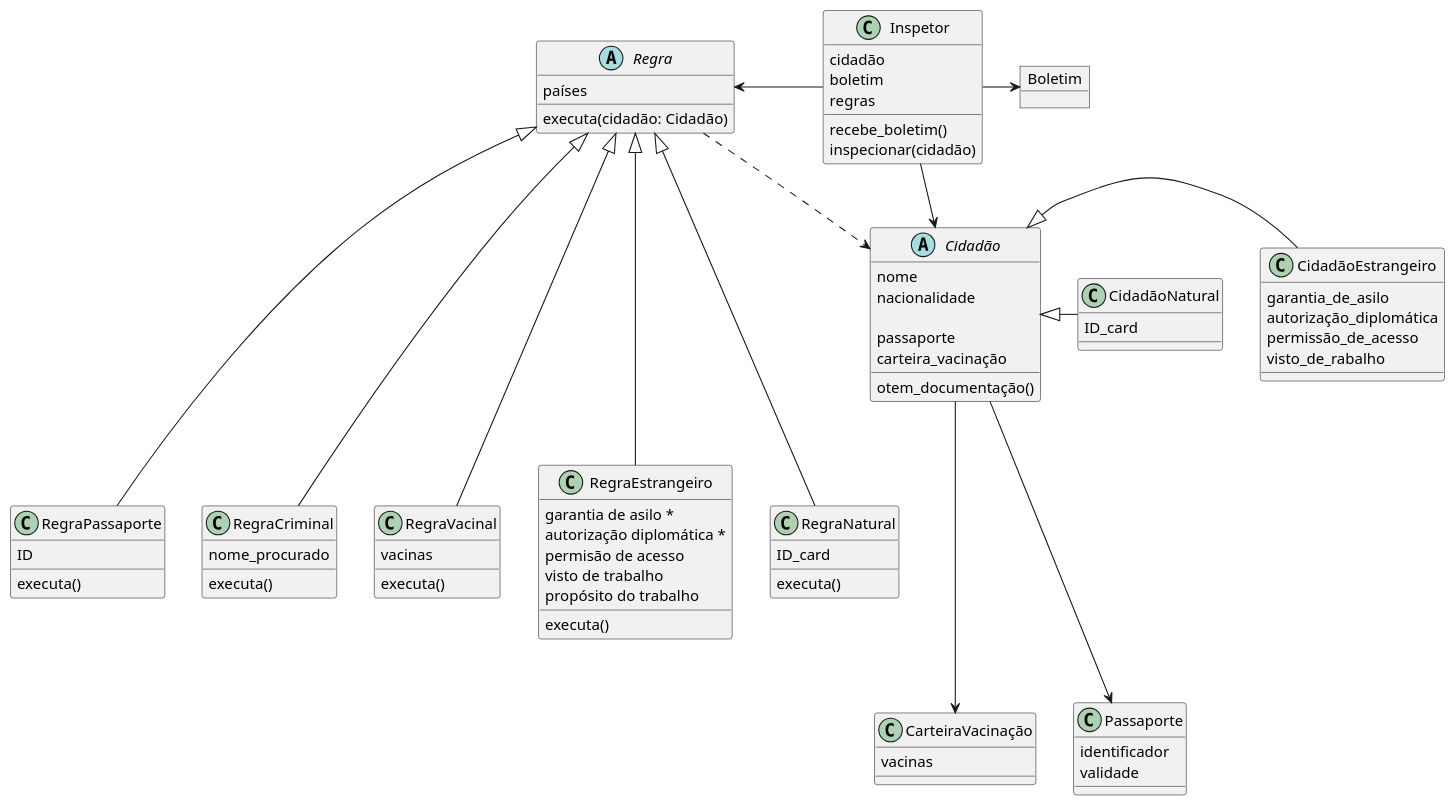
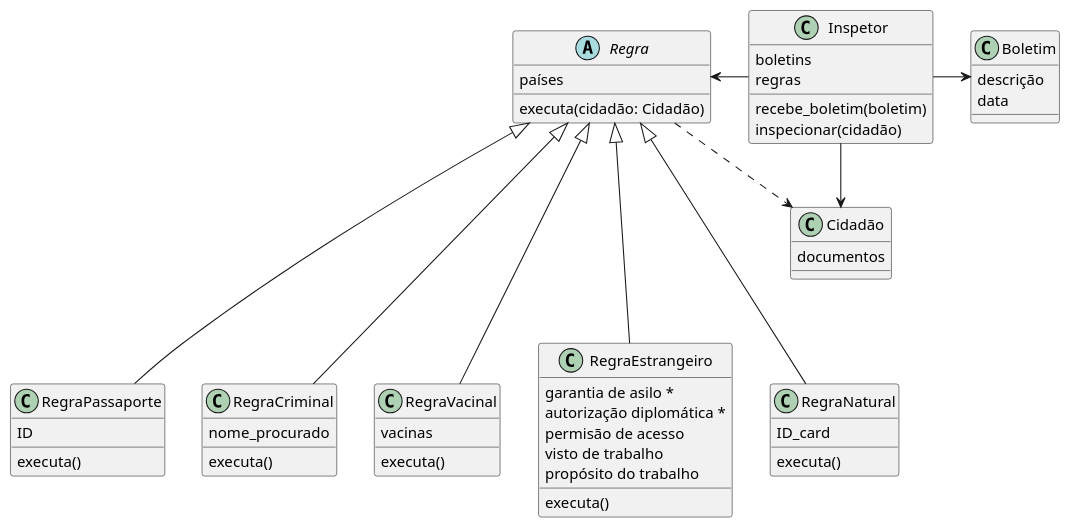
The diagram in scketch.pu (ralphribeiro/papers_please), drawn with PlantUML before and after one commit. The commit also changed 1 other file, not shown here.

```diff
--- a/scketch.pu
+++ b/scketch.pu
@@ -1,95 +1,63 @@
 @startuml
 
-abstract Cidadão{
-    nome
-    nacionalidade
-
-    passaporte
-    carteira_vacinação
-
-    otem_documentação()
+class Cidadão{
+    documentos
 }
 
-class CidadãoNatural{
-    ID_card
+class Boletim{
+    descrição
+    data
 }
 
-class CidadãoEstrangeiro{
-    garantia_de_asilo
-    autorização_diplomática
-    permissão_de_acesso
-    visto_de_rabalho
-}
-
-class Passaporte{
-    identificador
-    validade
-}
-
-object Boletim
-
 class Inspetor{
-    cidadão
-    boletim
+    boletins
     regras
-    recebe_boletim()
+    recebe_boletim(boletim)
     inspecionar(cidadão)
 }
 
 abstract Regra{
-
     países
     executa(cidadão: Cidadão)
 }
 
 
 class RegraPassaporte{
     ID
     executa()
 }
 class RegraCriminal{
     nome_procurado
     executa()
 }
 class RegraVacinal{
     vacinas
     executa()
 }
 class RegraEstrangeiro{
     garantia de asilo *
     autorização diplomática *
     permisão de acesso
     visto de trabalho
     propósito do trabalho
     executa()
 }
 class RegraNatural{
     ID_card
     executa()
 }
 
-class CarteiraVacinação{
-    vacinas
-}
-
-Cidadão <|- CidadãoEstrangeiro
-Cidadão <|- CidadãoNatural
-
 Regra ..> Cidadão
 
 Regra <|--- RegraPassaporte
 Regra <|--- RegraCriminal
 Regra <|--- RegraVacinal
 Regra <|--- RegraEstrangeiro
 Regra <|--- RegraNatural
 
 Regra <- Inspetor
 
 Inspetor -> Boletim
 Inspetor --> Cidadão
 
-Cidadão ---> Passaporte
-Cidadão ---> CarteiraVacinação
-
-
 @enduml
```
